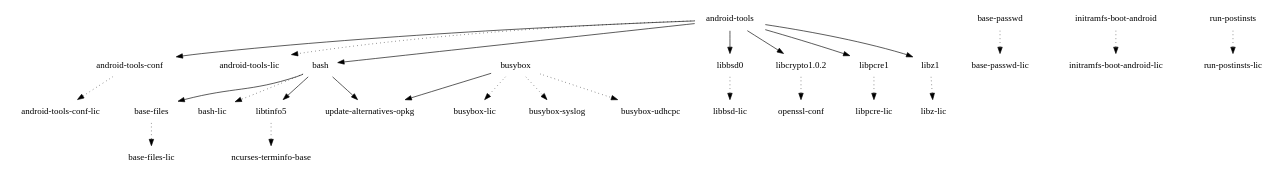
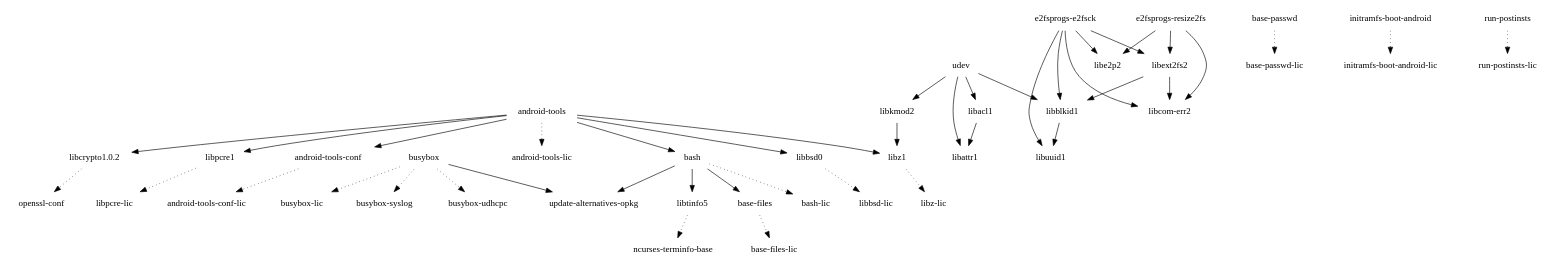
The diagram in images/hammerhead/glibc/initramfs-android-image/depends-nokernel-nolibc.dot (webOS-ports/buildhistory), drawn with Graphviz before and after one commit. The commit also changed 8289 other files, not shown here.

```diff
--- a/images/hammerhead/glibc/initramfs-android-image/depends-nokernel-nolibc.dot
+++ b/images/hammerhead/glibc/initramfs-android-image/depends-nokernel-nolibc.dot
@@ -1,28 +1,45 @@
 digraph depends {
     node [shape=plaintext]
 "android-tools" -> "android-tools-conf"
 "android-tools" -> "android-tools-lic" [style=dotted]
 "android-tools" -> "bash"
 "android-tools-conf" -> "android-tools-conf-lic" [style=dotted]
 "android-tools" -> "libbsd0"
 "android-tools" -> "libcrypto1.0.2"
 "android-tools" -> "libpcre1"
 "android-tools" -> "libz1"
 "base-files" -> "base-files-lic" [style=dotted]
 "base-passwd" -> "base-passwd-lic" [style=dotted]
 "bash" -> "base-files"
 "bash" -> "bash-lic" [style=dotted]
 "bash" -> "libtinfo5"
 "bash" -> "update-alternatives-opkg"
 "busybox" -> "busybox-lic" [style=dotted]
 "busybox" -> "busybox-syslog" [style=dotted]
 "busybox" -> "busybox-udhcpc" [style=dotted]
 "busybox" -> "update-alternatives-opkg"
+"e2fsprogs-e2fsck" -> "libblkid1"
+"e2fsprogs-e2fsck" -> "libcom-err2"
+"e2fsprogs-e2fsck" -> "libe2p2"
+"e2fsprogs-e2fsck" -> "libext2fs2"
+"e2fsprogs-e2fsck" -> "libuuid1"
+"e2fsprogs-resize2fs" -> "libcom-err2"
+"e2fsprogs-resize2fs" -> "libe2p2"
+"e2fsprogs-resize2fs" -> "libext2fs2"
 "initramfs-boot-android" -> "initramfs-boot-android-lic" [style=dotted]
+"libacl1" -> "libattr1"
+"libblkid1" -> "libuuid1"
 "libbsd0" -> "libbsd-lic" [style=dotted]
 "libcrypto1.0.2" -> "openssl-conf" [style=dotted]
+"libext2fs2" -> "libblkid1"
+"libext2fs2" -> "libcom-err2"
+"libkmod2" -> "libz1"
 "libpcre1" -> "libpcre-lic" [style=dotted]
 "libtinfo5" -> "ncurses-terminfo-base" [style=dotted]
 "libz1" -> "libz-lic" [style=dotted]
 "run-postinsts" -> "run-postinsts-lic" [style=dotted]
+"udev" -> "libacl1"
+"udev" -> "libattr1"
+"udev" -> "libblkid1"
+"udev" -> "libkmod2"
 }
```
